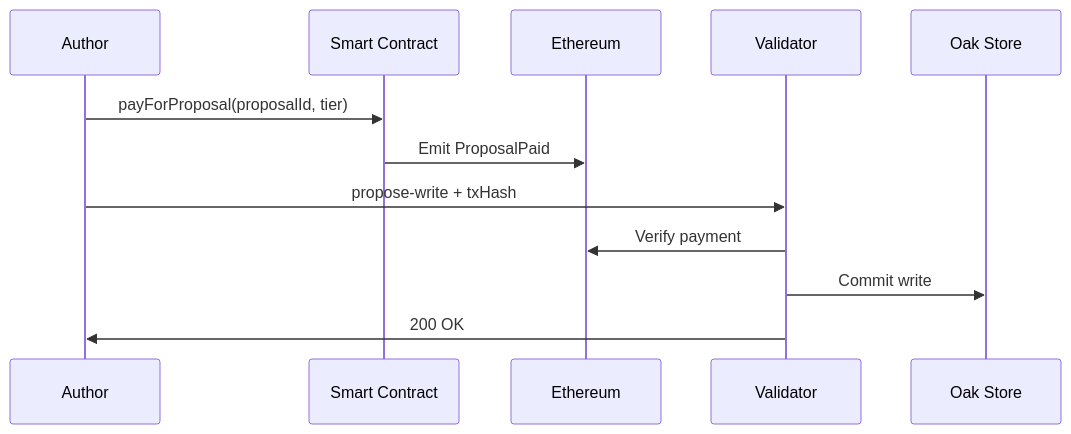
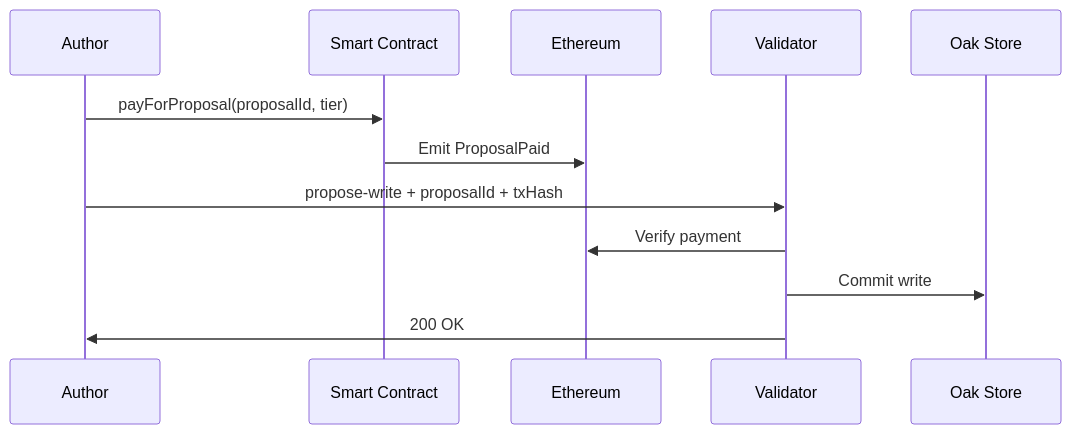
Before and after one commit to somarc/oak-chain-docs: the diagram in guide/economics.md, drawn with Mermaid. The commit also changed other lines of this file and 13 other files, not shown here.

````diff
--- a/guide/economics.md
+++ b/guide/economics.md
@@ -36,15 +36,15 @@
 ```mermaid
 sequenceDiagram
     participant A as Author
     participant SC as Smart Contract
     participant ETH as Ethereum
     participant V as Validator
     participant Oak as Oak Store
     
     A->>SC: payForProposal(proposalId, tier)
     SC->>ETH: Emit ProposalPaid
-    A->>V: propose-write + txHash
+    A->>V: propose-write + proposalId + txHash
     V->>ETH: Verify payment
     V->>Oak: Commit write
     V->>A: 200 OK
 ```
````
